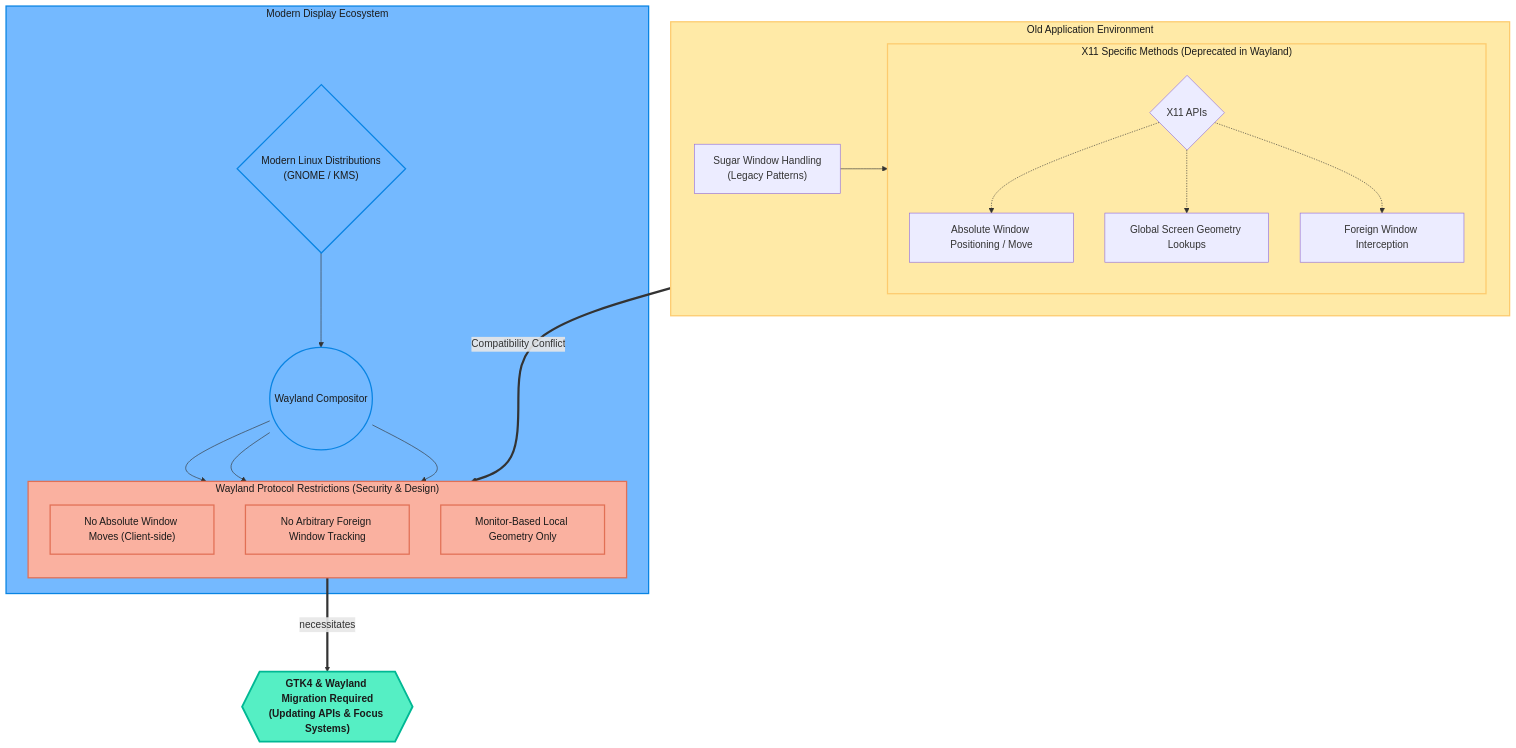
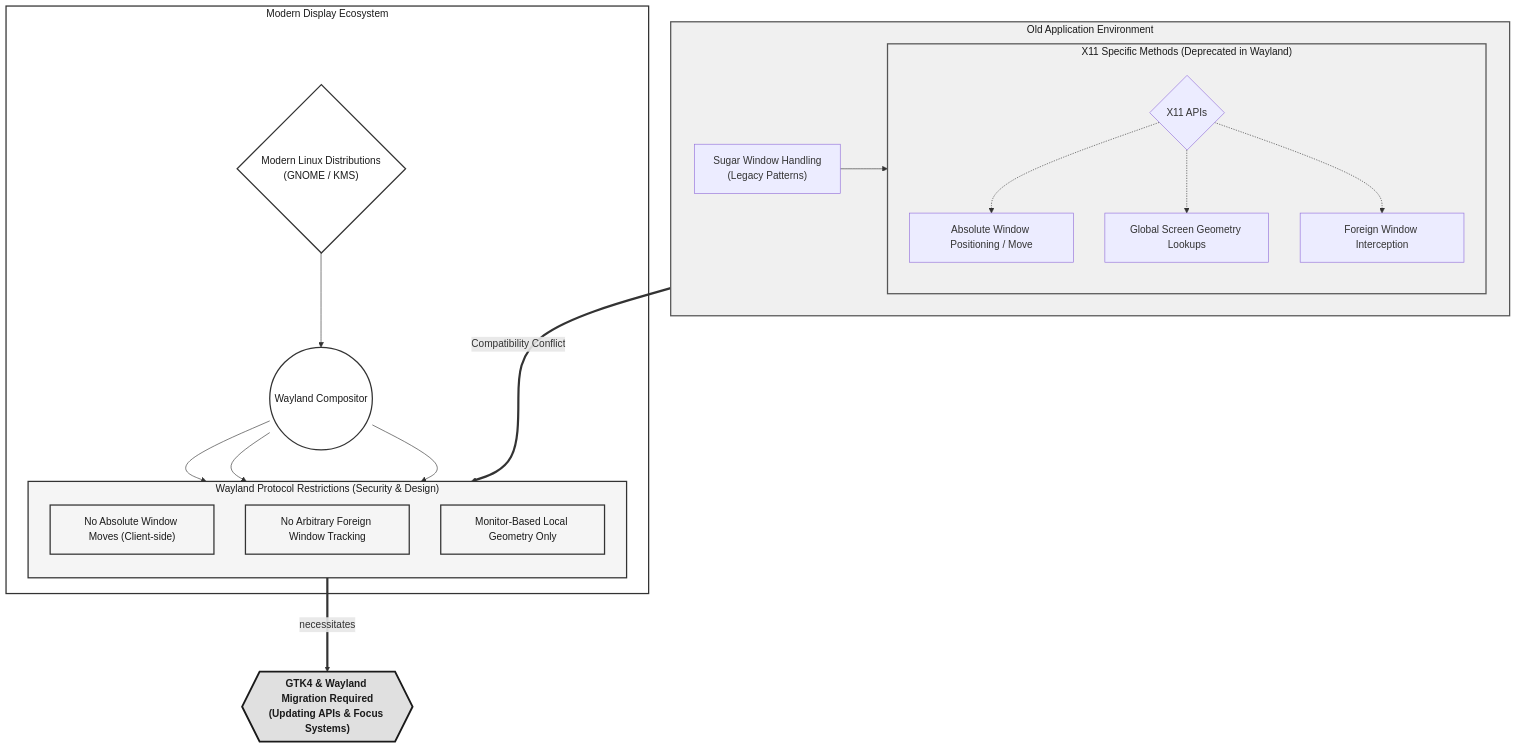
One commit to Dev10-sys/sugar-proposal-gtk changed the ninth of 9 diagrams in proposal.md. Above: the diagram before and after it, drawn with Mermaid. The commit also changed other lines of this file, not shown here.

Commit message:
Revise proposal: clean diagrams, linkable TOC, content fixes

````diff
--- a/proposal.md
+++ b/proposal.md
@@ -625,56 +672,56 @@
 ```mermaid
 flowchart TD
     %% Current State
     subgraph LegacyEnv ["Old Application Environment"]
         OldSugar["Sugar Window Handling\n(Legacy Patterns)"]
 
         subgraph X11Features ["X11 Specific Methods (Deprecated in Wayland)"]
             direction TB
             X11Calls{"X11 APIs"}
             WindowMove["Absolute Window Positioning / Move"]
             ScreenSize["Global Screen Geometry Lookups"]
             ForeignWindows["Foreign Window Interception"]
         end
 
         OldSugar --> X11Calls
         X11Calls -.-> WindowMove
         X11Calls -.-> ScreenSize
         X11Calls -.-> ForeignWindows
     end
 
     %% Target State
     subgraph ModernEnv ["Modern Display Ecosystem"]
         NewLinux{"Modern Linux Distributions\n(GNOME / KMS)"}
         Wayland(("Wayland Compositor"))
 
         subgraph WaylandRestrictions ["Wayland Protocol Restrictions (Security & Design)"]
             direction TB
             Restriction1["No Absolute Window Moves (Client-side)"]
             Restriction2["No Arbitrary Foreign Window Tracking"]
             Restriction3["Monitor-Based Local Geometry Only"]
         end
 
         NewLinux --> Wayland
         Wayland --> Restriction1
         Wayland --> Restriction2
         Wayland --> Restriction3
     end
 
     %% The Clash
     LegacyEnv ===>|Compatibility Conflict| WaylandRestrictions
     WaylandRestrictions ===>|necessitates| Result
 
     Result{{"GTK4 & Wayland Migration Required\n(Updating APIs & Focus Systems)"}}
 
     %% Styling
-    classDef legacy fill:#ffeaa7,stroke:#fdcb6e,stroke-width:2px,color:#1a1a1a;
-    classDef conflict fill:#fab1a0,stroke:#e17055,stroke-width:2px,color:#1a1a1a;
-    classDef modern fill:#74b9ff,stroke:#0984e3,stroke-width:2px,color:#1a1a1a;
-    classDef target fill:#55efc4,stroke:#00b894,stroke-width:3px,color:#1a1a1a,font-weight:bold;
+    classDef legacy fill:#f0f0f0,stroke:#555,stroke-width:2px,color:#1a1a1a;
+    classDef conflict fill:#f5f5f5,stroke:#333,stroke-width:2px,color:#1a1a1a;
+    classDef modern fill:#fff,stroke:#333,stroke-width:2px,color:#1a1a1a;
+    classDef target fill:#e0e0e0,stroke:#1a1a1a,stroke-width:3px,color:#1a1a1a,font-weight:bold;
 
     class LegacyEnv,X11Features legacy;
     class WaylandRestrictions,Restriction1,Restriction2,Restriction3 conflict;
     class ModernEnv,NewLinux,Wayland modern;
     class Result target;
 
 ```
````
